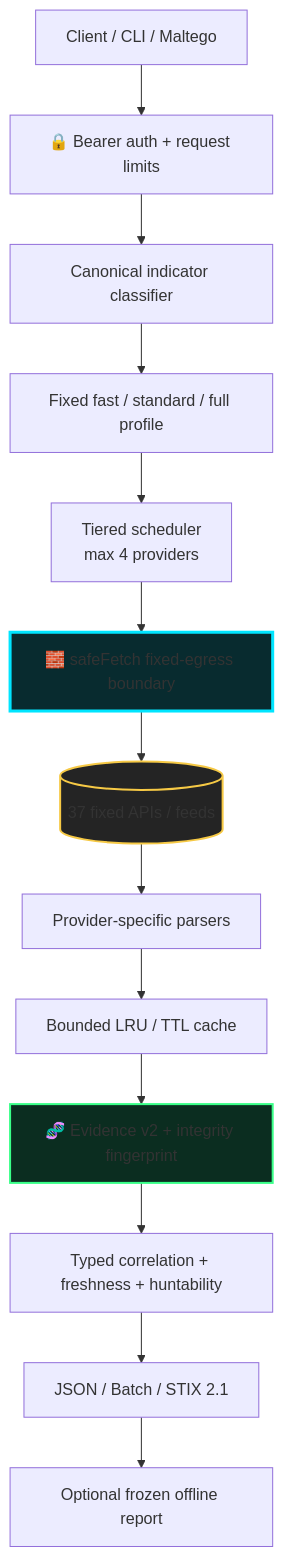
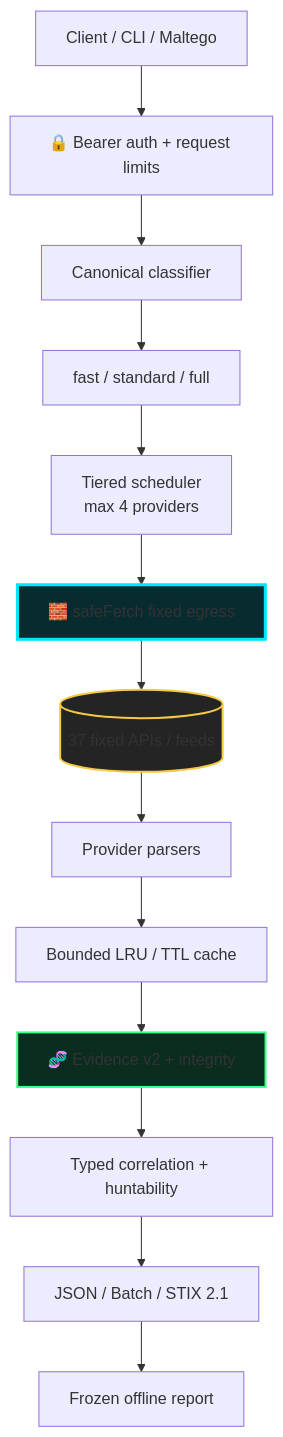
The first of 4 diagrams in README.md (ger1e/cti-enrichment-gateway), drawn with Mermaid before and after one commit. The commit also changed other lines of this file, not shown here.

````diff
--- a/README.md
+++ b/README.md
@@ -61,19 +51,19 @@
 ```mermaid
 flowchart TB
     A[Client / CLI / Maltego] --> B[🔒 Bearer auth + request limits]
-    B --> C[Canonical indicator classifier]
-    C --> D[Fixed fast / standard / full profile]
+    B --> C[Canonical classifier]
+    C --> D[fast / standard / full]
     D --> E[Tiered scheduler<br/>max 4 providers]
-    E --> F[🧱 safeFetch fixed-egress boundary]
+    E --> F[🧱 safeFetch fixed egress]
     F --> P[(37 fixed APIs / feeds)]
-    P --> G[Provider-specific parsers]
+    P --> G[Provider parsers]
     G --> H[Bounded LRU / TTL cache]
-    H --> I[🧬 Evidence v2 + integrity fingerprint]
-    I --> J[Typed correlation + freshness + huntability]
+    H --> I[🧬 Evidence v2 + integrity]
+    I --> J[Typed correlation + huntability]
     J --> K[JSON / Batch / STIX 2.1]
-    K --> L[Optional frozen offline report]
+    K --> L[Frozen offline report]
 
     style F fill:#082b2f,stroke:#00e5ff,stroke-width:3px
     style I fill:#0b2d20,stroke:#39ff88,stroke-width:2px
     style P fill:#242424,stroke:#f6c945,stroke-width:2px
 ```
````
